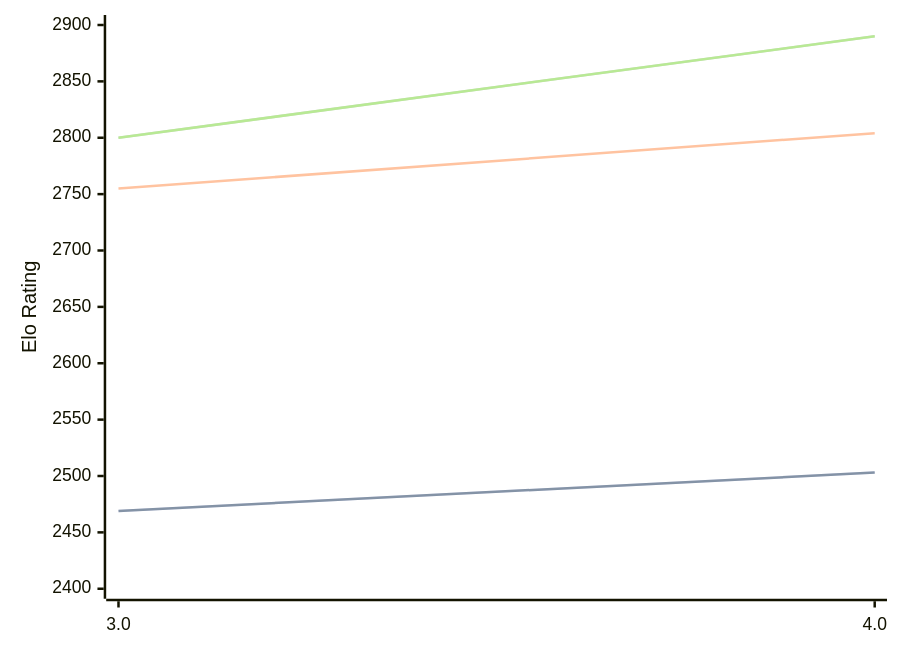
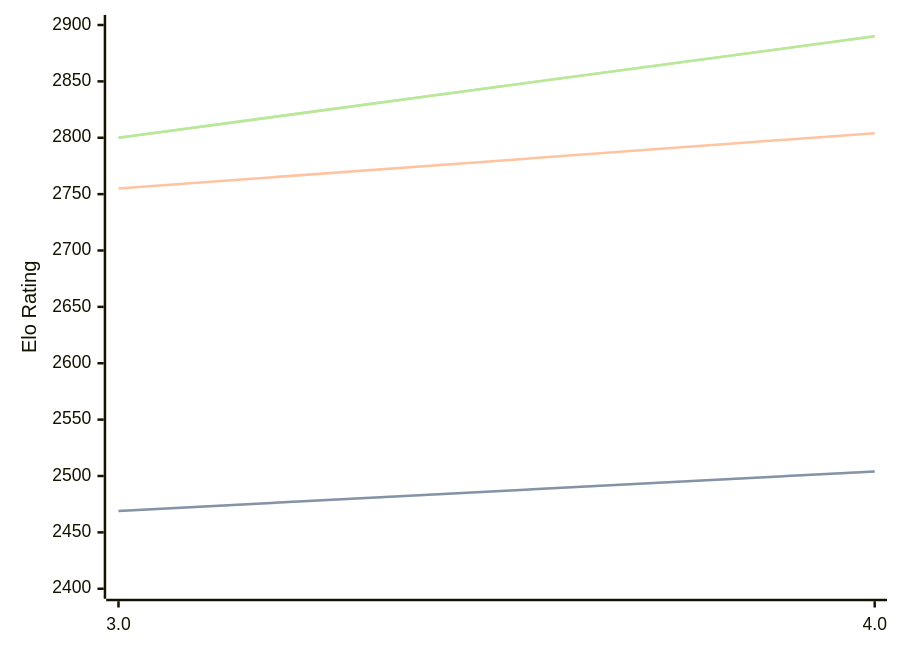
The diagram in engines/Chess3.md (computer-chess-index/cci), drawn with Mermaid before and after one commit. The commit also changed other lines of this file, not shown here.

````diff
--- a/engines/Chess3.md
+++ b/engines/Chess3.md
@@ -32,11 +32,11 @@
 ```mermaid
 %%{init: {"theme":"base","themeVariables":{"seriesColors:['#a3a3a3','#222221','#faa371']}}}%%
 xychart-beta
   x-axis ["3.0", "4.0"]
   y-axis "Elo Rating" 2400 --> 2900
-  line "" [2469, 2503]
-  line "STC (8.0+0.08s)" [2469, 2503]
+  line "" [2469, 2504]
+  line "STC (8.0+0.08s)" [2469, 2504]
   line "LTC (60.0+0.60s)" [2755, 2804]
   line "" [2800, 2890]
   line "VLTC (2m24s+1.12s)" [2800, 2890]
 ```
````
